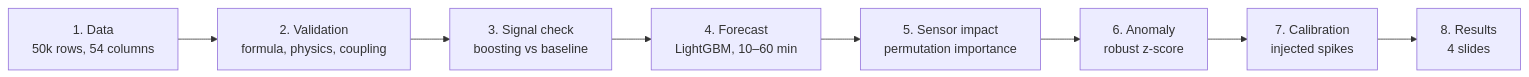
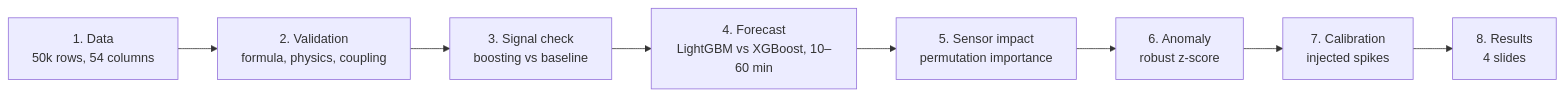
The diagram in README.md (aldo02032004/power-plant-anomaly), drawn with Mermaid before and after one commit. The commit also changed other lines of this file and 6 other files, not shown here.

````diff
--- a/README.md
+++ b/README.md
@@ -20,10 +20,10 @@
 ```mermaid
 flowchart LR
     A["1. Data<br/>50k rows, 54 columns"] --> B["2. Validation<br/>formula, physics, coupling"]
     B --> C["3. Signal check<br/>boosting vs baseline"]
-    C --> D["4. Forecast<br/>LightGBM, 10–60 min"]
+    C --> D["4. Forecast<br/>LightGBM vs XGBoost, 10–60 min"]
     D --> E["5. Sensor impact<br/>permutation importance"]
     E --> F["6. Anomaly<br/>robust z-score"]
     F --> G["7. Calibration<br/>injected spikes"]
     G --> H["8. Results<br/>4 slides"]
 ```
````
